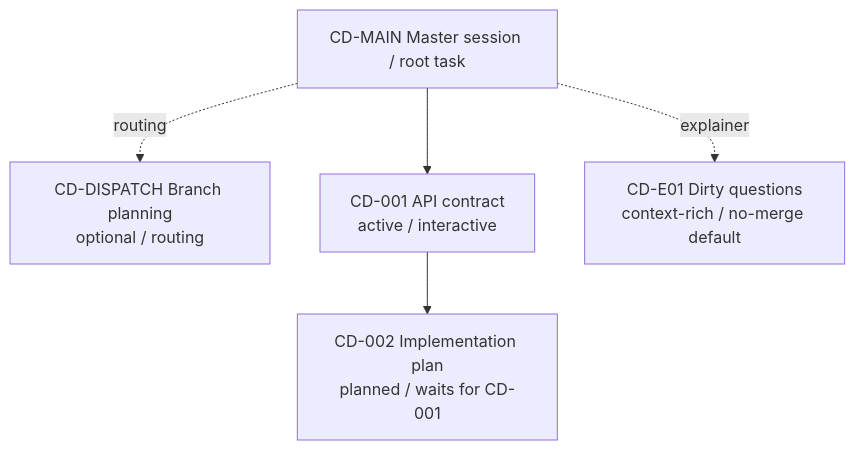
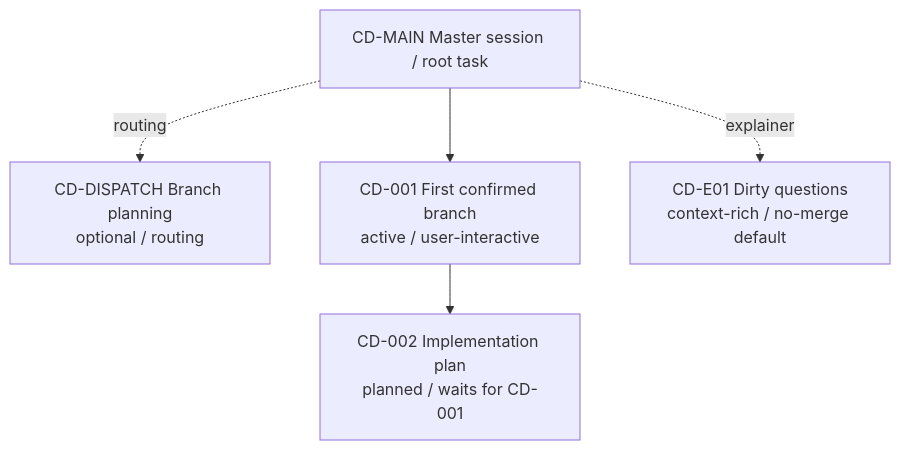
The diagram in examples/branch-map.md (Jinghao67/conductor), drawn with Mermaid before and after one commit. The commit also changed other lines of this file and 6 other files, not shown here.

Commit message:
Use neutral first branch example

````diff
--- a/examples/branch-map.md
+++ b/examples/branch-map.md
@@ -49,13 +49,13 @@
 ```mermaid
 flowchart TD
   ROOT["CD-MAIN Master session / root task"]
   DISPATCH["CD-DISPATCH Branch planning<br/>optional / routing"]
-  B1["CD-001 API contract<br/>active / interactive"]
+  B1["CD-001 First confirmed branch<br/>active / user-interactive"]
   B2["CD-002 Implementation plan<br/>planned / waits for CD-001"]
   E1["CD-E01 Dirty questions<br/>context-rich / no-merge default"]
 
   ROOT --> B1
   B1 --> B2
   ROOT -. routing .-> DISPATCH
   ROOT -. explainer .-> E1
 ```
````
